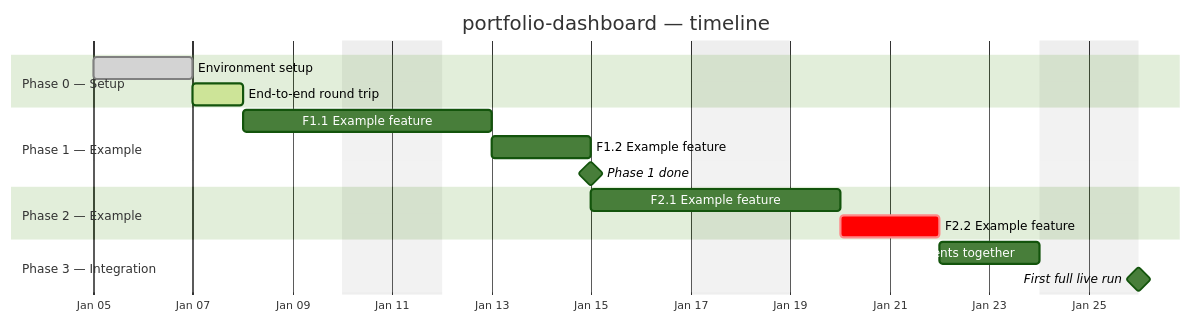
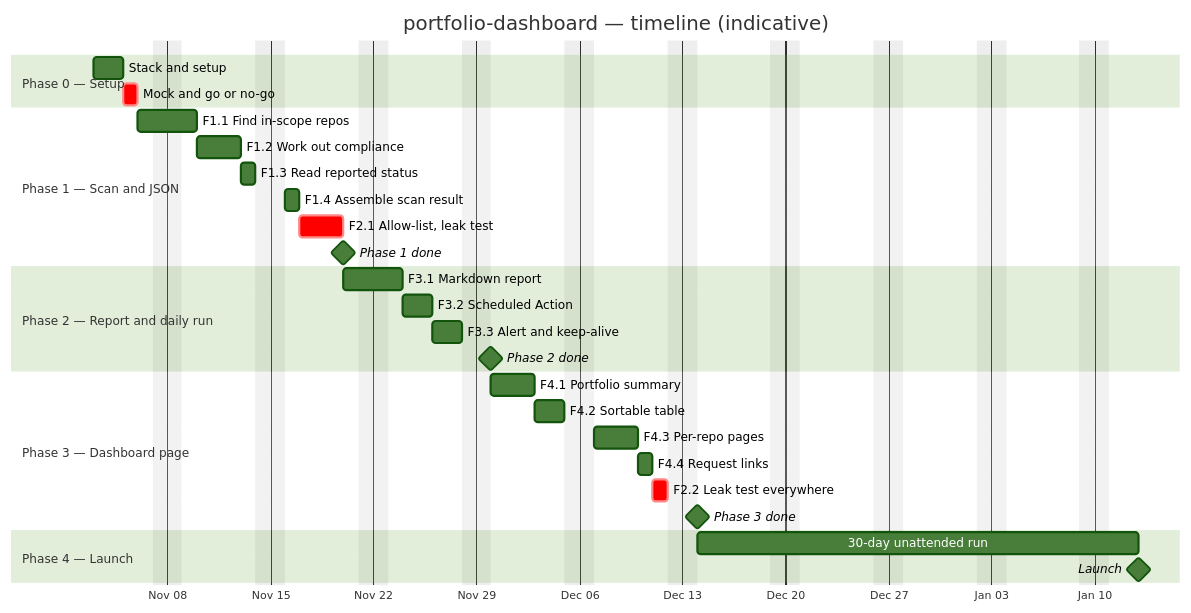
One commit to flegaspi700/portfolio-dashboard changed the diagram in docs/04-project-plan.md. Above: the diagram before and after it, drawn with Mermaid (forest theme). The commit also changed other lines of this file and 7 other files, not shown here.

````diff
--- a/docs/04-project-plan.md
+++ b/docs/04-project-plan.md
@@ -107,24 +133,37 @@
 ```mermaid
 gantt
-    title portfolio-dashboard — timeline
+    title portfolio-dashboard — timeline (indicative)
     dateFormat YYYY-MM-DD
     axisFormat %b %d
     excludes weekends
 
     section Phase 0 — Setup
-    Environment setup           :done,   p0a, 2026-01-05, 2d
-    End-to-end round trip       :active, p0b, after p0a, 1d
+    Stack and setup             :p0a, 2026-11-03, 2d
+    Mock and go or no-go        :crit, p0b, after p0a, 1d
 
-    section Phase 1 — Example
-    F1.1 Example feature        :f11, after p0b, 3d
-    F1.2 Example feature        :f12, after f11, 2d
-    Phase 1 done                :milestone, m1, after f12, 0d
+    section Phase 1 — Scan and JSON
+    F1.1 Find in-scope repos    :f11, after p0b, 2d
+    F1.2 Work out compliance    :f12, after f11, 3d
+    F1.3 Read reported status   :f13, after f12, 1d
+    F1.4 Assemble scan result   :f14, after f13, 1d
+    F2.1 Allow-list, leak test  :crit, f21, after f14, 3d
+    Phase 1 done                :milestone, m1, after f21, 0d
 
-    section Phase 2 — Example
-    F2.1 Example feature        :f21, after m1, 3d
-    F2.2 Example feature        :crit, f22, after f21, 2d
+    section Phase 2 — Report and daily run
+    F3.1 Markdown report        :f31, after m1, 2d
+    F3.2 Scheduled Action       :f32, after f31, 2d
+    F3.3 Alert and keep-alive   :f33, after f32, 2d
+    Phase 2 done                :milestone, m2, after f33, 0d
 
-    section Phase 3 — Integration
-    Wire components together    :p3a, after f22, 2d
-    First full live run         :milestone, m3, after p3a, 0d
+    section Phase 3 — Dashboard page
+    F4.1 Portfolio summary      :f41, after m2, 3d
+    F4.2 Sortable table         :f42, after f41, 2d
+    F4.3 Per-repo pages         :f43, after f42, 3d
+    F4.4 Request links          :f44, after f43, 1d
+    F2.2 Leak test everywhere   :crit, f22, after f44, 1d
+    Phase 3 done                :milestone, m3, after f22, 0d
+
+    section Phase 4 — Launch
+    30-day unattended run       :p4a, after m3, 22d
+    Launch                      :milestone, m4, after p4a, 0d
 ```
````
